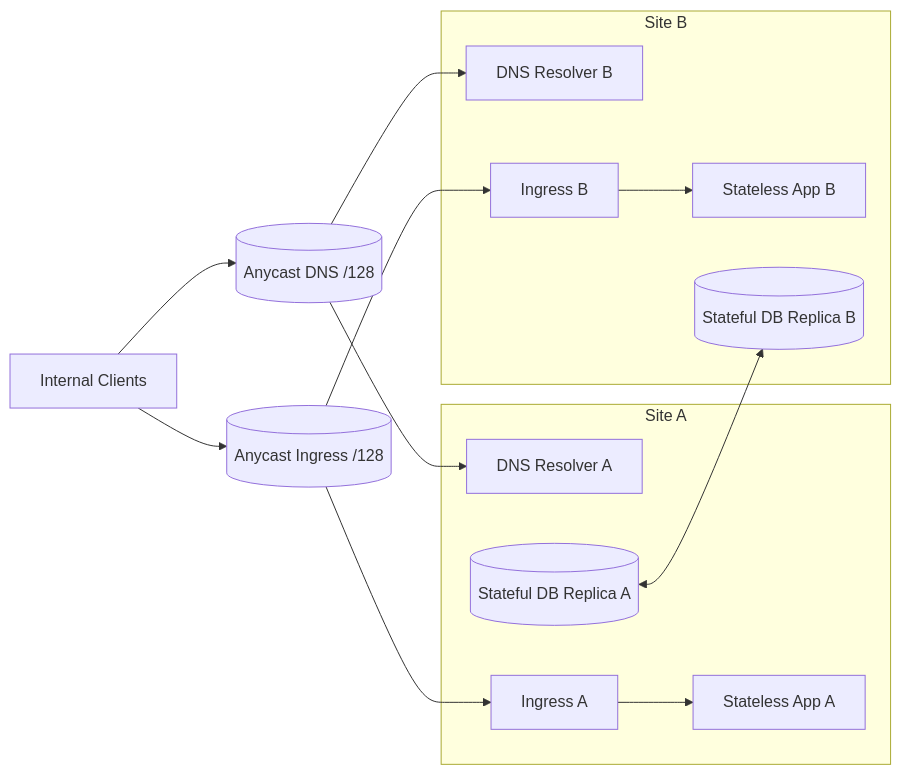
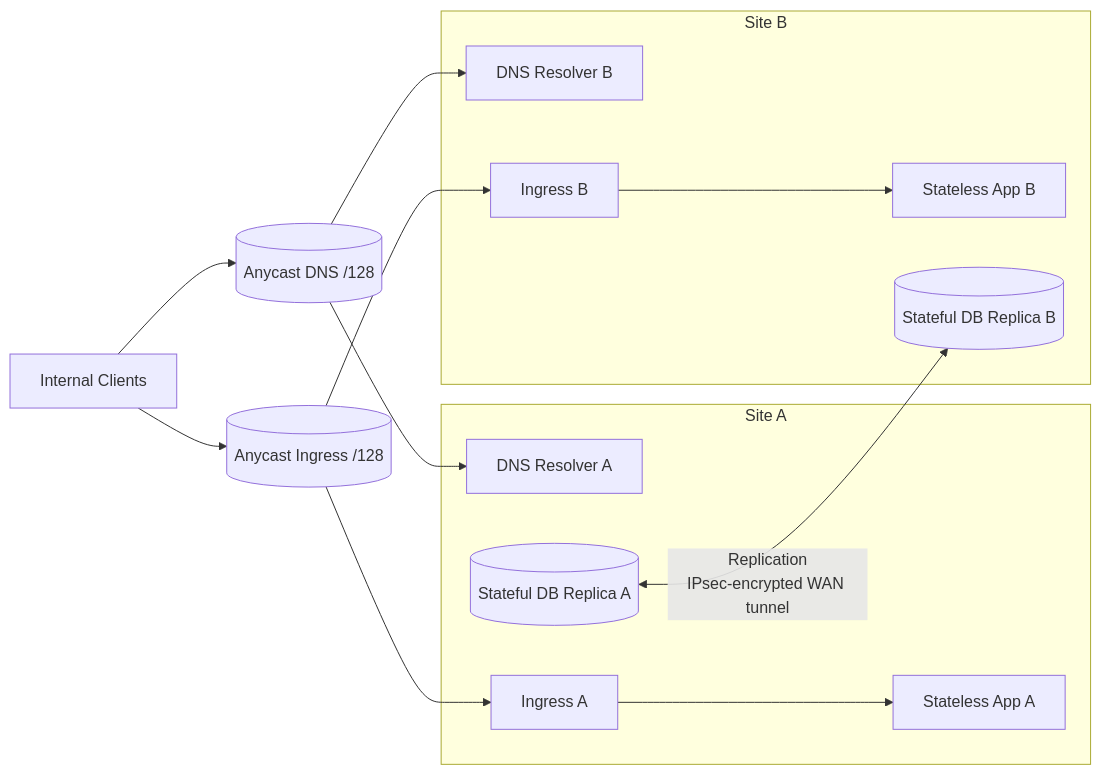
The diagram in network-spanned-dc/docs/03_diagrams/services_anycast.mmd.md (pancakesaregood/distributed-dc), drawn with Mermaid before and after one commit. The commit also changed 12 other files, not shown here.

````diff
--- a/network-spanned-dc/docs/03_diagrams/services_anycast.mmd.md
+++ b/network-spanned-dc/docs/03_diagrams/services_anycast.mmd.md
@@ -3,33 +3,33 @@
 ```mermaid
 graph LR
   U[Internal Clients]
   DNSA[(Anycast DNS /128)]
   ING[(Anycast Ingress /128)]
 
   subgraph S1[Site A]
     DNS1[DNS Resolver A]
     IN1[Ingress A]
     APP1[Stateless App A]
     DB1[(Stateful DB Replica A)]
   end
 
   subgraph S2[Site B]
     DNS2[DNS Resolver B]
     IN2[Ingress B]
     APP2[Stateless App B]
     DB2[(Stateful DB Replica B)]
   end
 
   U --> DNSA
   U --> ING
 
   DNSA --> DNS1
   DNSA --> DNS2
   ING --> IN1
   ING --> IN2
 
   IN1 --> APP1
   IN2 --> APP2
 
-  DB1 <--> DB2
+  DB1 <-->|Replication\nIPsec-encrypted WAN tunnel| DB2
 ```
````
